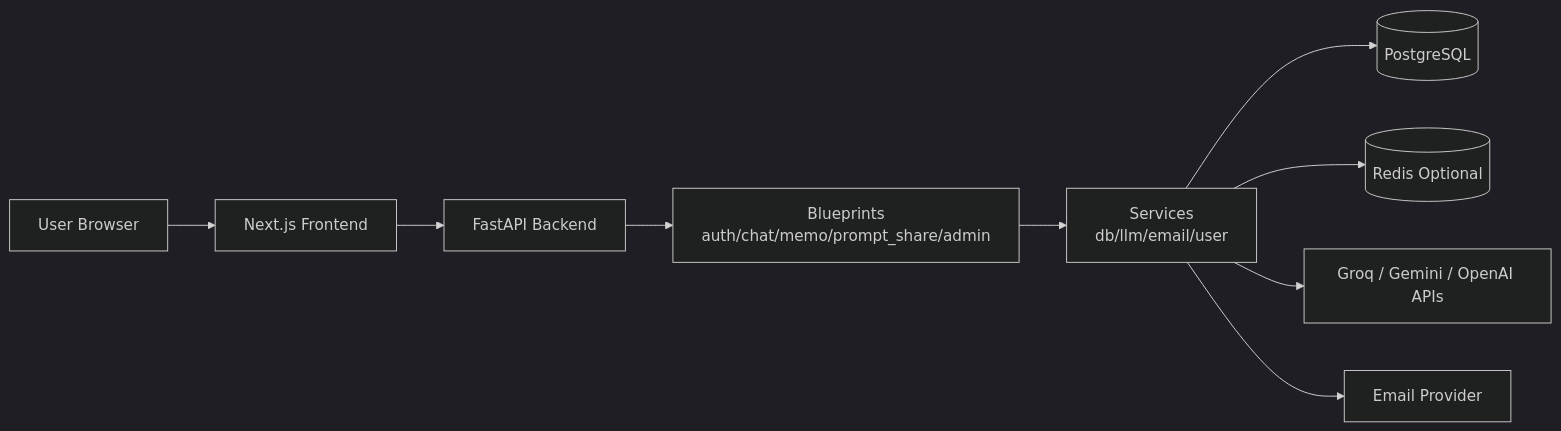
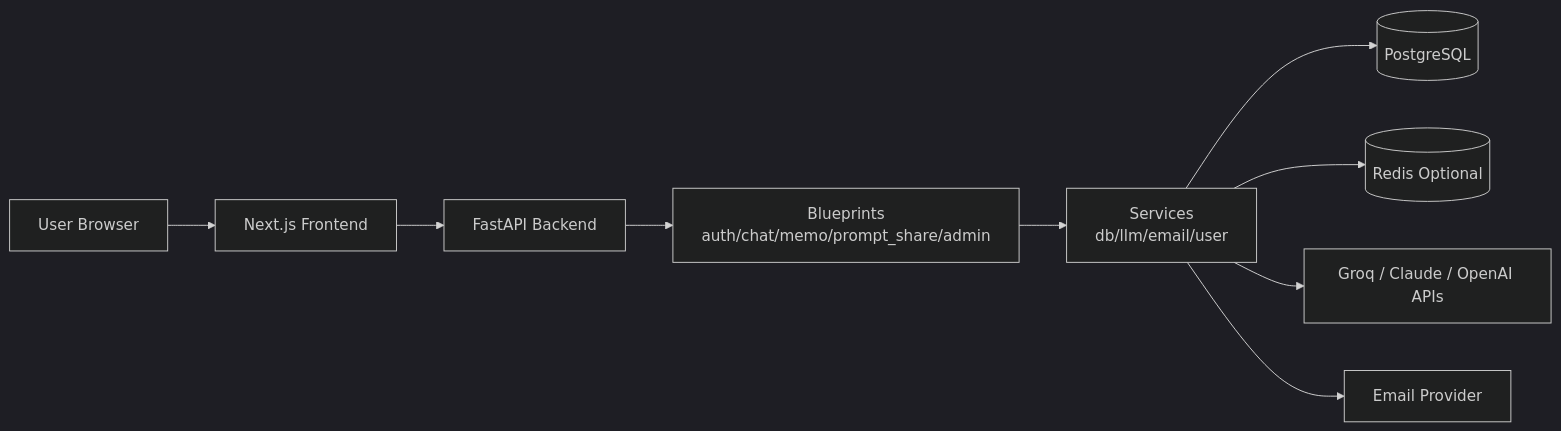
The first of 2 diagrams in README.md (kota-kawa/ChatCore-AI), drawn with Mermaid (dark theme) before and after one commit. The commit also changed other lines of this file and 26 other files, not shown here.

````diff
--- a/README.md
+++ b/README.md
@@ -145,19 +145,19 @@
 ```mermaid
 flowchart LR
     U[User Browser]
     FE[Next.js Frontend]
     API[FastAPI Backend]
     BP[Blueprints<br/>auth/chat/memo/prompt_share/admin]
     SV[Services<br/>db/llm/email/user]
     DB[(PostgreSQL)]
     RD[(Redis Optional)]
-    LLM[Groq / Gemini / OpenAI APIs]
+    LLM[Groq / Claude / OpenAI APIs]
     EM[Email Provider]
 
     U --> FE --> API
     API --> BP --> SV
     SV --> DB
     SV --> RD
     SV --> LLM
     SV --> EM
 ```
````
